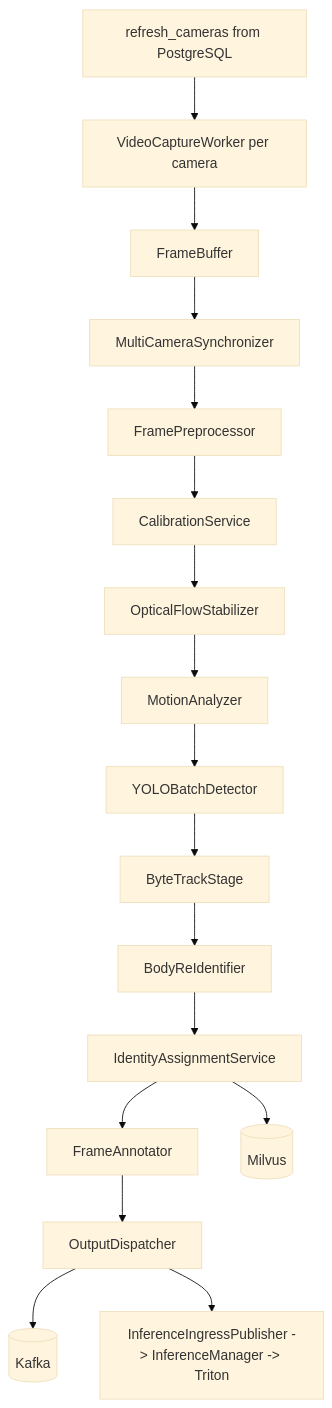
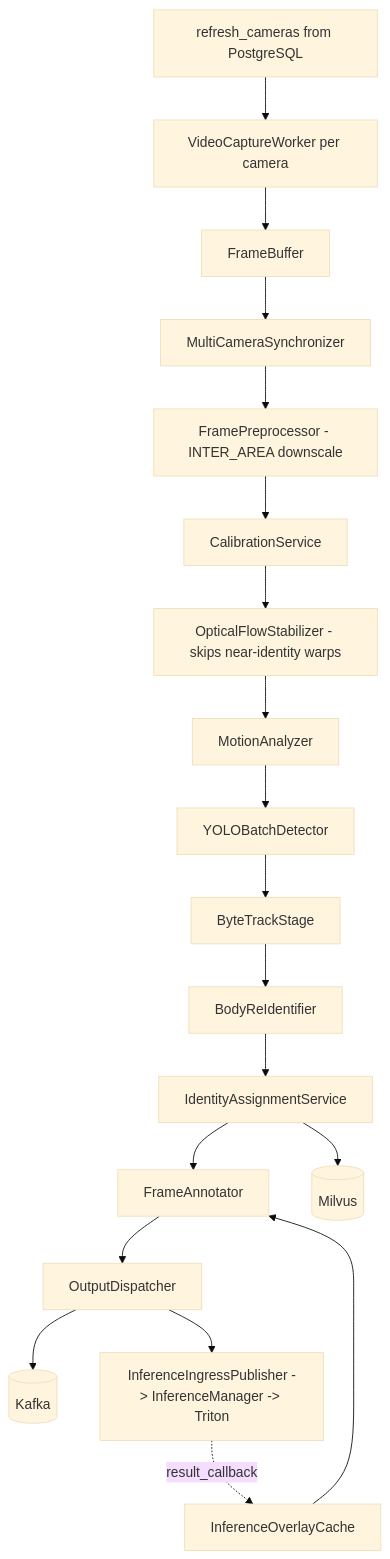
The third of 7 diagrams in backend/README.md (Premaramkarthik/Ai-Intelligence-Theft-Detection), drawn with Mermaid (base theme) before and after one commit. The commit also changed other lines of this file and 85 other files, not shown here.

````diff
--- a/backend/README.md
+++ b/backend/README.md
@@ -160,25 +140,28 @@
 ```mermaid
 flowchart TD
     REFRESH[refresh_cameras from PostgreSQL]
     CAP[VideoCaptureWorker per camera]
     FB[FrameBuffer]
     SYNC[MultiCameraSynchronizer]
-    PRE[FramePreprocessor]
+    PRE[FramePreprocessor - INTER_AREA downscale]
     CAL[CalibrationService]
-    STAB[OpticalFlowStabilizer]
+    STAB[OpticalFlowStabilizer - skips near-identity warps]
     MOT[MotionAnalyzer]
     DET[YOLOBatchDetector]
     TRK[ByteTrackStage]
     REID[BodyReIdentifier]
     ID[IdentityAssignmentService]
+    CACHE[InferenceOverlayCache]
     ANN[FrameAnnotator]
     OUT[OutputDispatcher]
     K[(Kafka)]
     MIL[(Milvus)]
     INF[InferenceIngressPublisher -> InferenceManager -> Triton]
 
     REFRESH --> CAP --> FB --> SYNC --> PRE --> CAL --> STAB --> MOT --> DET --> TRK --> REID --> ID --> ANN --> OUT
     ID --> MIL
     OUT --> K
     OUT --> INF
+    INF -.->|result_callback| CACHE
+    CACHE --> ANN
 ```
````
